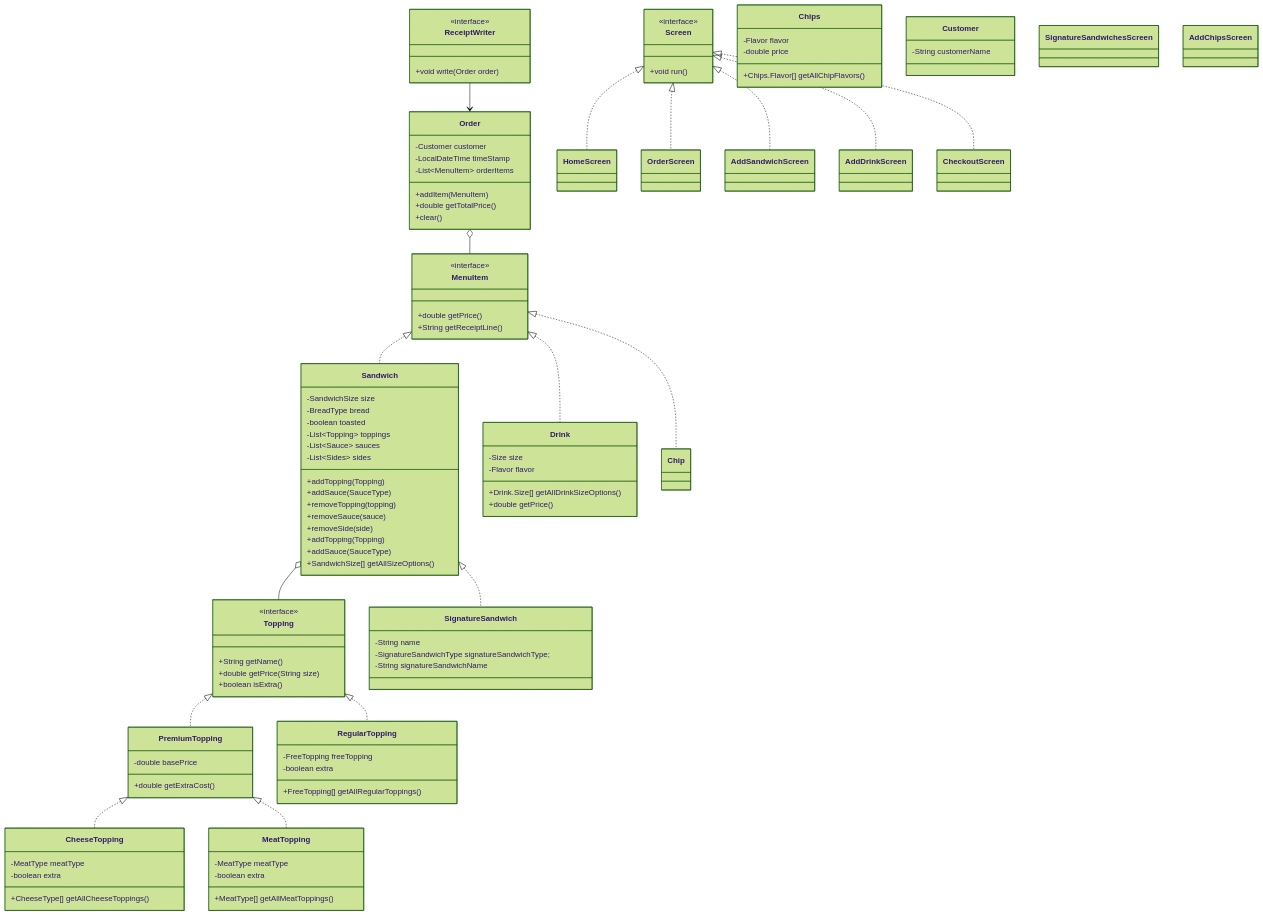
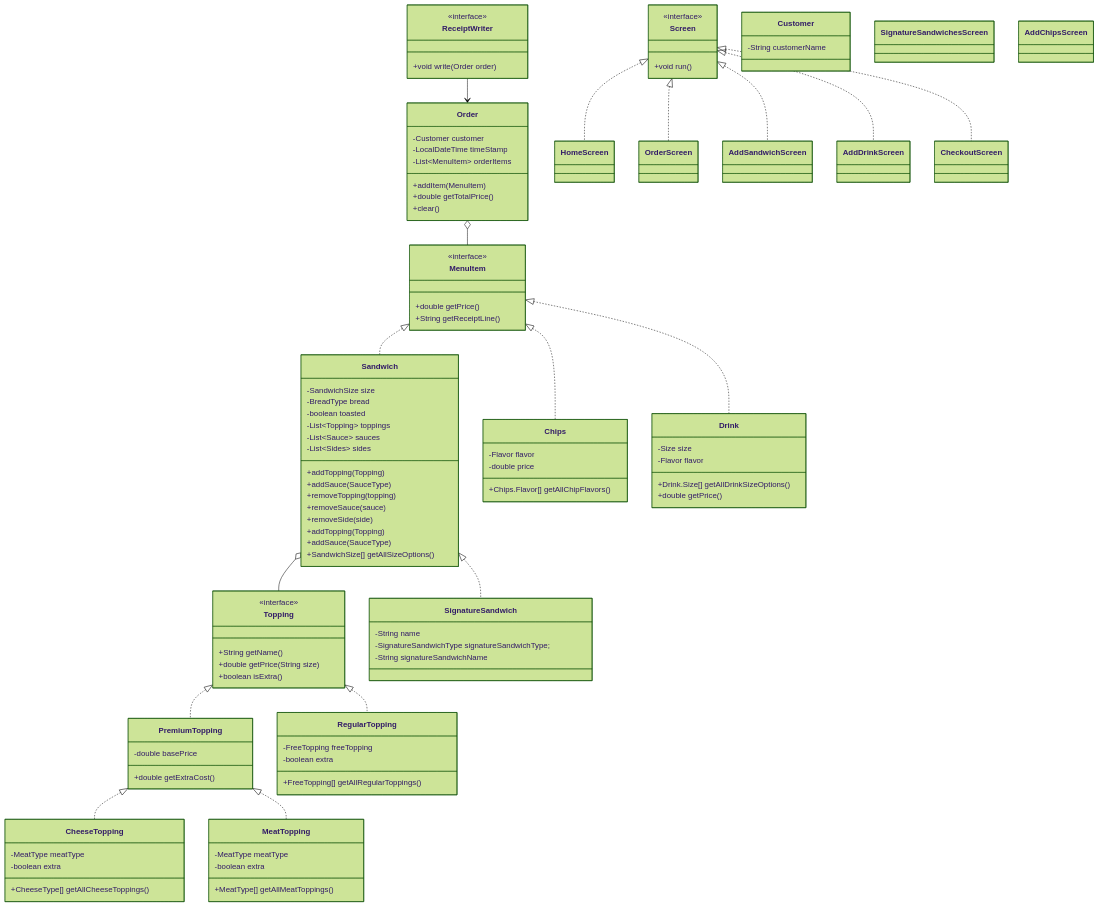
Before and after one commit to annaharbour/deli-cious: the diagram in README.md, drawn with Mermaid (forest theme).

Commit message:
Update README.md
chip to chips

```diff
--- a/README.md
+++ b/README.md
@@ -115,7 +115,7 @@
     Topping <|.. RegularTopping
 
     MenuItem <|.. Sandwich
-    MenuItem <|.. Chip
+    MenuItem <|.. Chips
     MenuItem <|.. Drink
 
     Sandwich <|.. SignatureSandwich
```
